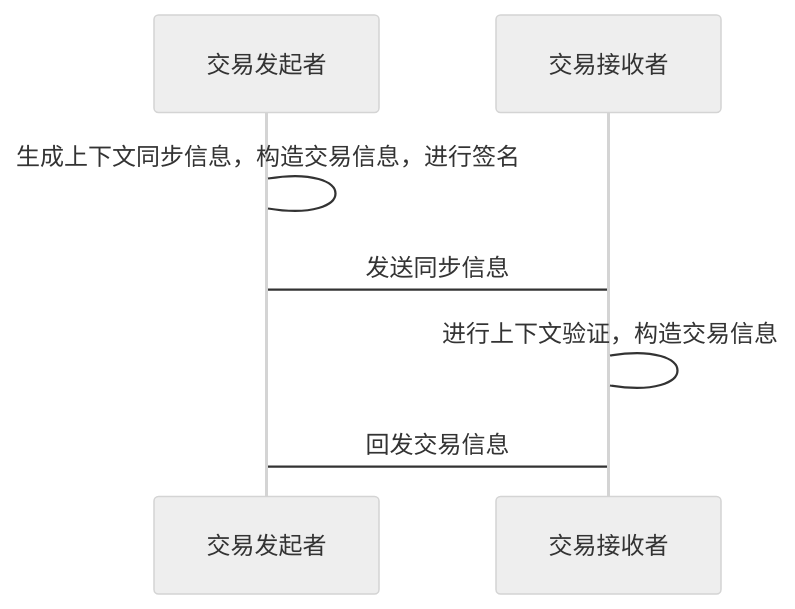
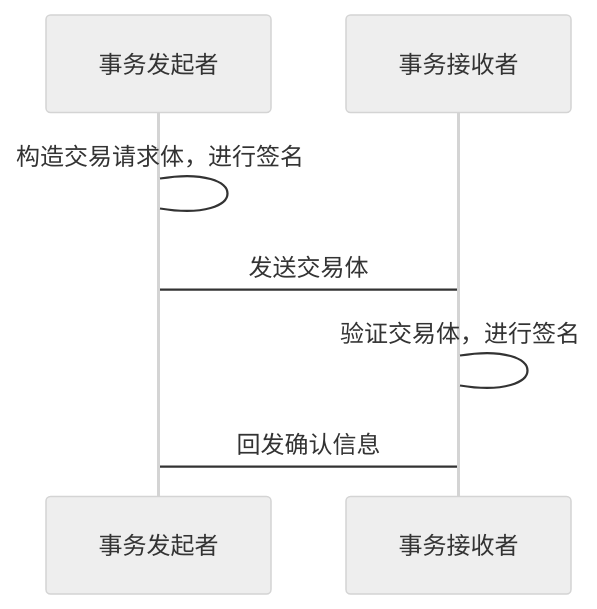
The diagram in transaction/README.md (Curdata-project/lightcore), drawn with Mermaid (neutral theme) before and after one commit. The commit also changed other lines of this file and 4 other files, not shown here.

````diff
--- a/transaction/README.md
+++ b/transaction/README.md
@@ -11,10 +41,10 @@
 ```mermaid
 sequenceDiagram
-  participant a as 交易发起者
-  participant b as 交易接收者
+  participant a as 事务发起者
+  participant b as 事务接收者
 
-  a -> a: 生成上下文同步信息，构造交易信息，进行签名
-  a -> b: 发送同步信息
-  b -> b: 进行上下文验证，构造交易信息
-  b -> a: 回发交易信息
+  a -> a: 构造交易请求体，进行签名
+  a -> b: 发送交易体
+  b -> b: 验证交易体，进行签名
+  b -> a: 回发确认信息
 ```
````
